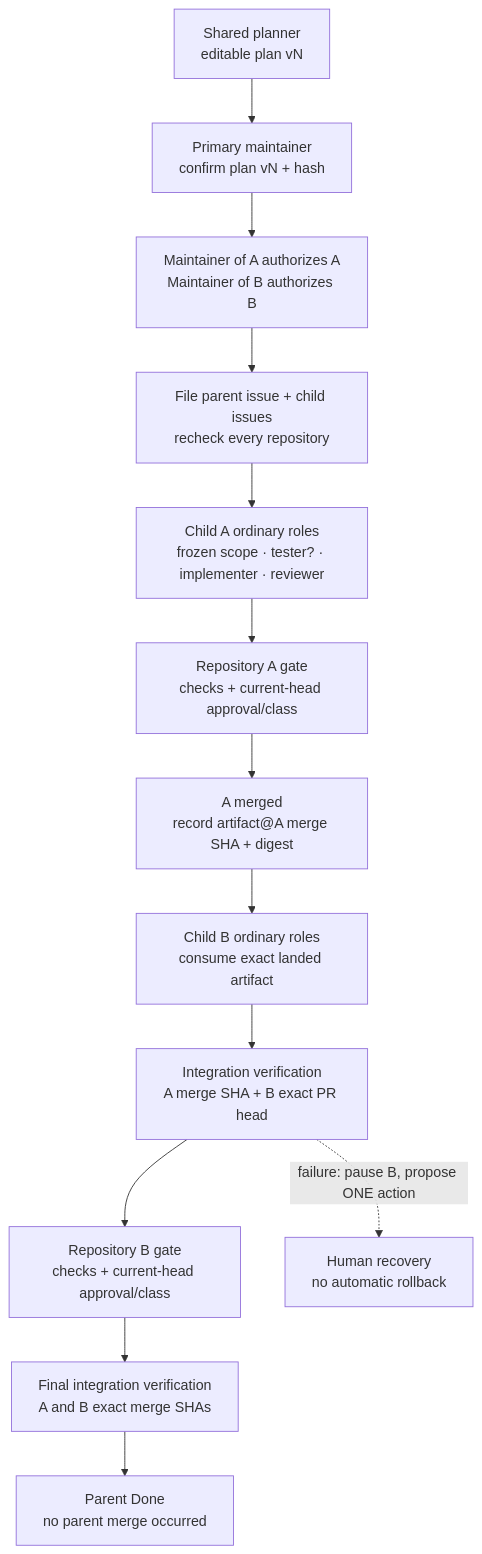
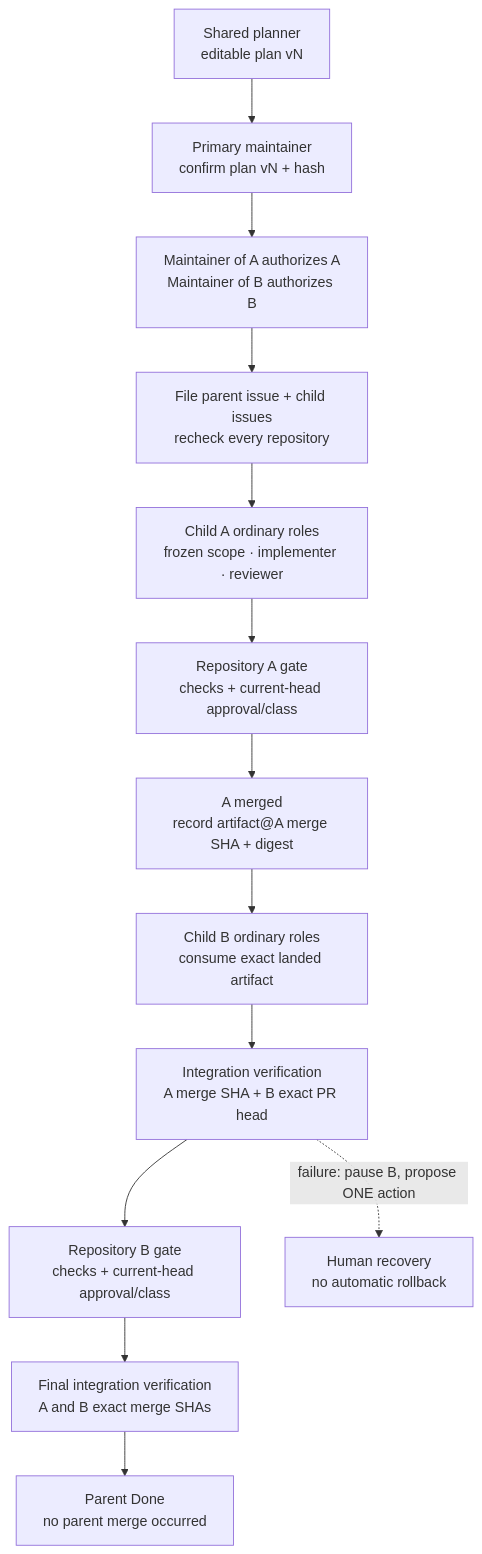
One commit to Smana/ai-native-ref changed the second of 3 diagrams in docs/superpowers/specs/2026-11-05-v4-multi-repo-coordination-design.md. Above: the diagram before and after it, drawn with Mermaid. The commit also changed other lines of this file, not shown here.

````diff
--- a/docs/superpowers/specs/2026-11-05-v4-multi-repo-coordination-design.md
+++ b/docs/superpowers/specs/2026-11-05-v4-multi-repo-coordination-design.md
@@ -145,15 +146,15 @@
 ```mermaid
 flowchart TD
   P["Shared planner<br/>editable plan vN"] --> PC["Primary maintainer<br/>confirm plan vN + hash"]
   PC --> AUTH["Maintainer of A authorizes A<br/>Maintainer of B authorizes B"]
   AUTH --> FILE["File parent issue + child issues<br/>recheck every repository"]
-  FILE --> A["Child A ordinary roles<br/>frozen scope · tester? · implementer · reviewer"]
+  FILE --> A["Child A ordinary roles<br/>frozen scope · implementer · reviewer"]
   A --> AG["Repository A gate<br/>checks + current-head approval/class"]
   AG --> LA["A merged<br/>record artifact@A merge SHA + digest"]
   LA --> B["Child B ordinary roles<br/>consume exact landed artifact"]
   B --> PRE["Integration verification<br/>A merge SHA + B exact PR head"]
   PRE --> BG["Repository B gate<br/>checks + current-head approval/class"]
   BG --> FINAL["Final integration verification<br/>A and B exact merge SHAs"]
   FINAL --> DONE["Parent Done<br/>no parent merge occurred"]
   PRE -. "failure: pause B, propose ONE action" .-> REC["Human recovery<br/>no automatic rollback"]
 ```
````
